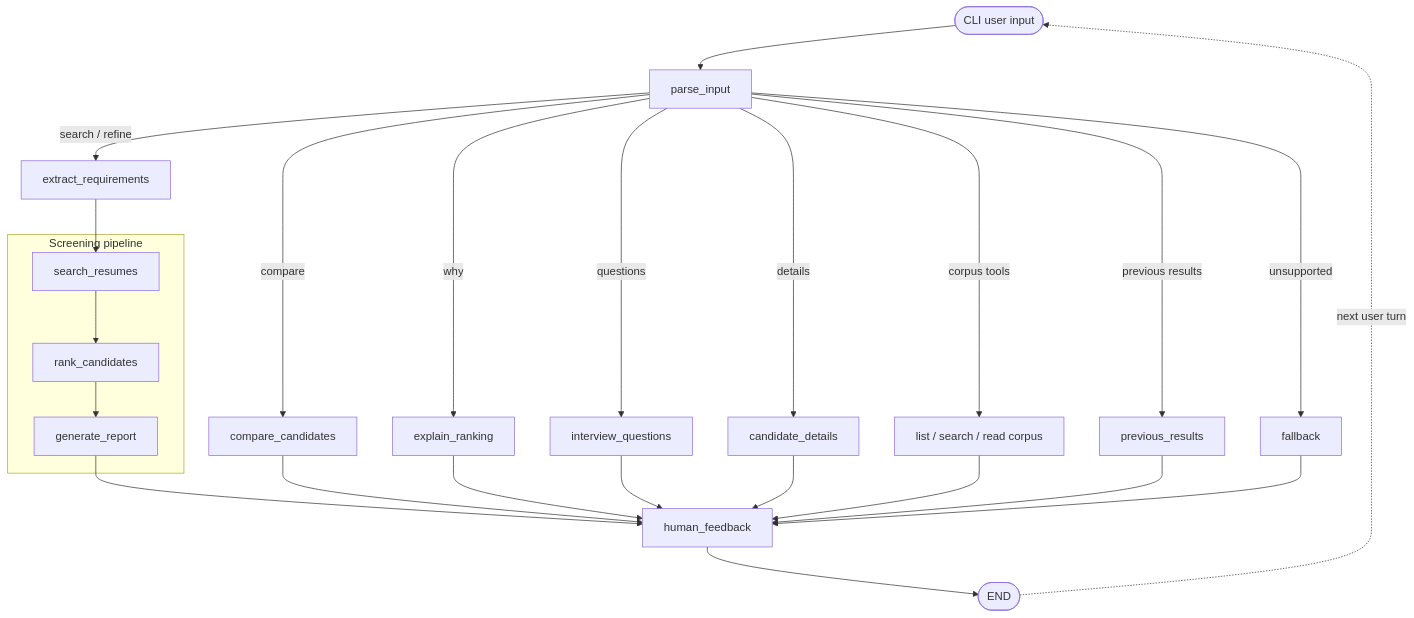
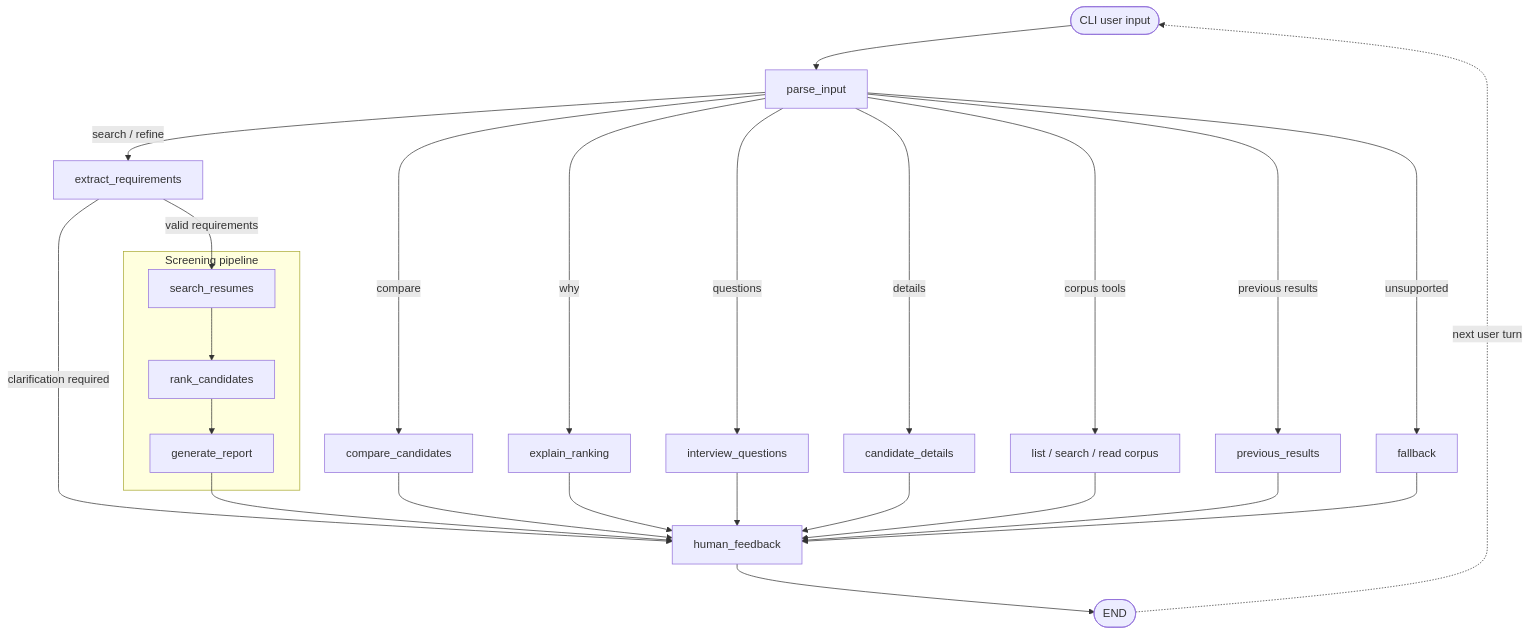
The diagram in docs/state_machine.mmd (Garvit360/Agentic-Profile-Matching), drawn with Mermaid before and after one commit. The commit also changed 1 other file, not shown here.

Commit message:
Update README setup notes and state machine diagram for current CLI screening flow

```diff
--- a/docs/state_machine.mmd
+++ b/docs/state_machine.mmd
@@ -1,32 +1,33 @@
 flowchart TD
     CLI([CLI user input]) --> parse_input[parse_input]
     parse_input -->|search / refine| extract_requirements[extract_requirements]
     parse_input -->|compare| compare_candidates[compare_candidates]
     parse_input -->|why| explain_ranking[explain_ranking]
     parse_input -->|questions| interview_questions[interview_questions]
     parse_input -->|details| candidate_details[candidate_details]
     parse_input -->|corpus tools| corpus_nodes[list / search / read corpus]
     parse_input -->|previous results| previous_results[previous_results]
     parse_input -->|unsupported| fallback[fallback]
 
-    extract_requirements --> search_resumes[search_resumes]
+    extract_requirements -->|clarification required| human_feedback
+    extract_requirements -->|valid requirements| search_resumes[search_resumes]
     search_resumes --> rank_candidates[rank_candidates]
     rank_candidates --> generate_report[generate_report]
 
     generate_report --> human_feedback[human_feedback]
     compare_candidates --> human_feedback
     explain_ranking --> human_feedback
     interview_questions --> human_feedback
     candidate_details --> human_feedback
     corpus_nodes --> human_feedback
     previous_results --> human_feedback
     fallback --> human_feedback
 
     human_feedback --> END_NODE([END])
     END_NODE -. next user turn .-> CLI
 
     subgraph screening [Screening pipeline]
         search_resumes
         rank_candidates
         generate_report
     end
```
